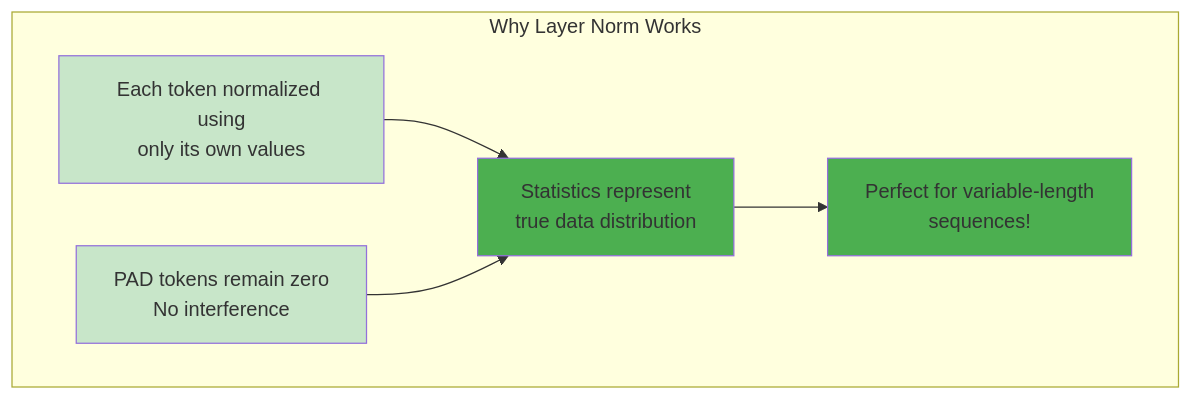
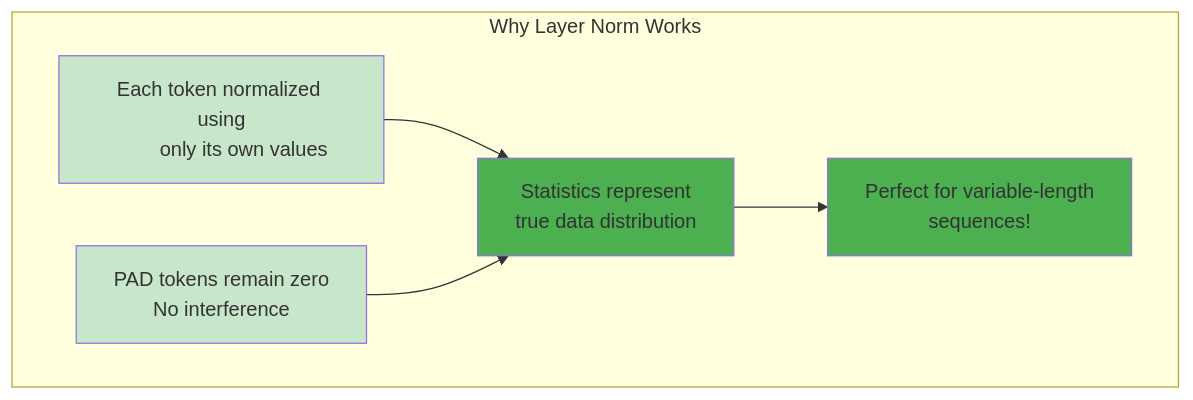
One commit to Sankhyesh/AI-Learning-Roadmap-2024 changed diagram 24 of 26 in CampusX/100-days-deep-learning/79-layer-normalization-in-transformers.md. Above: the diagram before and after it, drawn with Mermaid. The commit also changed other lines of this file, not shown here.

Commit message:
feat: Enhance normalization documentation with clearer mermaid diagrams and explanations

````diff
--- a/CampusX/100-days-deep-learning/79-layer-normalization-in-transformers.md
+++ b/CampusX/100-days-deep-learning/79-layer-normalization-in-transformers.md
@@ -601,18 +1155,22 @@
 ```mermaid
 graph TD
     subgraph "Why Layer Norm Works"
-        A[Each token normalized using<br/>only its own values]
-        B[PAD tokens remain zero<br/>No interference]
-        C[Statistics represent<br/>true data distribution]
-        D[Perfect for variable-length<br/>sequences!]
+        A["Each token normalized using
+        only its own values"]
+        B["PAD tokens remain zero
+        No interference"]
+        C["Statistics represent
+        true data distribution"]
+        D["Perfect for variable-length
+        sequences!"]
     end
     
     A --> C
     B --> C
     C --> D
     
     style A fill:#c8e6c9
     style B fill:#c8e6c9
     style C fill:#4caf50
     style D fill:#4caf50
 ```
````
